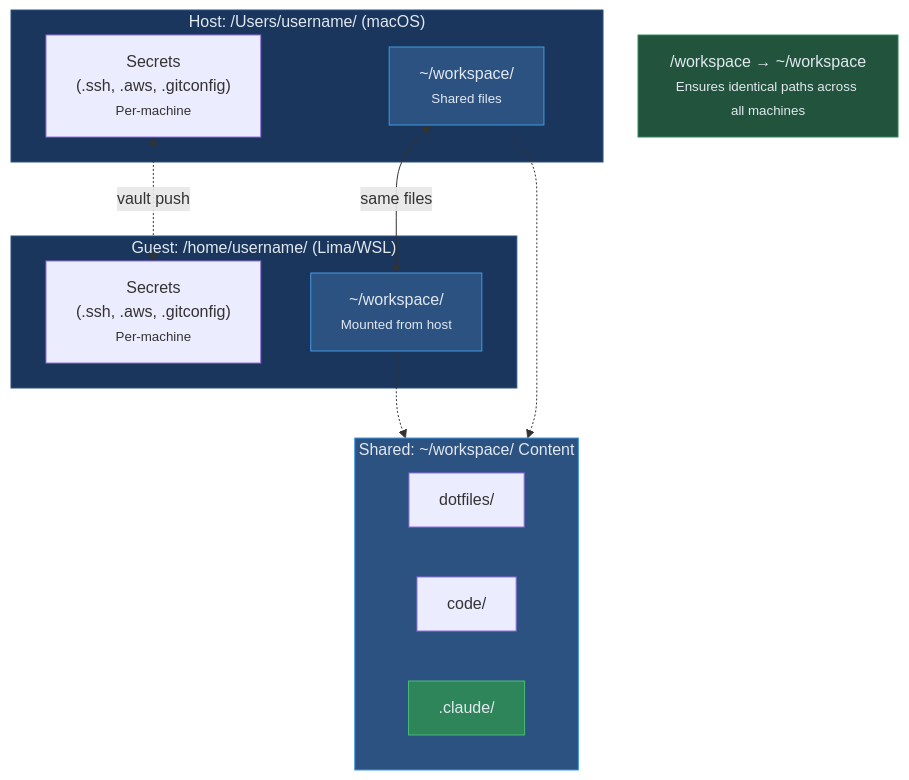
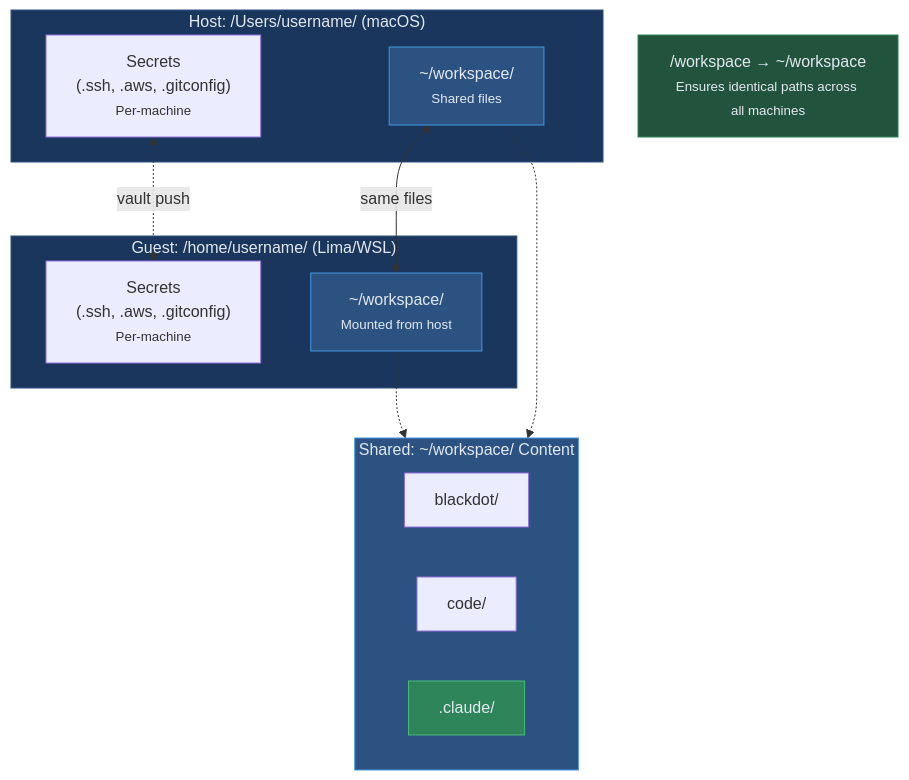
One commit to blackwell-systems/blackdot changed the third of 5 diagrams in docs/README-FULL.md. Above: the diagram before and after it, drawn with Mermaid. The commit also changed other lines of this file and 7 other files, not shown here.

````diff
--- a/docs/README-FULL.md
+++ b/docs/README-FULL.md
@@ -616,35 +616,35 @@
 ```mermaid
 flowchart TB
     subgraph host["Host: /Users/username/ (macOS)"]
         h_secrets["Secrets<br/>(.ssh, .aws, .gitconfig)<br/><small>Per-machine</small>"]
         h_workspace["~/workspace/<br/><small>Shared files</small>"]
     end
 
     subgraph guest["Guest: /home/username/ (Lima/WSL)"]
         g_secrets["Secrets<br/>(.ssh, .aws, .gitconfig)<br/><small>Per-machine</small>"]
         g_workspace["~/workspace/<br/><small>Mounted from host</small>"]
     end
 
     subgraph shared["Shared: ~/workspace/ Content"]
         direction LR
-        dotfiles["dotfiles/"]
+        blackdot["blackdot/"]
         code["code/"]
         claude[".claude/"]
     end
 
     h_workspace <-->|same files| g_workspace
     h_workspace -.-> shared
     g_workspace -.-> shared
 
     h_secrets <-.->|vault push| g_secrets
 
     symlink["/workspace → ~/workspace<br/><small>Ensures identical paths across all machines</small>"]
 
     style host fill:#1a365d,stroke:#2c5282,color:#e2e8f0
     style guest fill:#1a365d,stroke:#2c5282,color:#e2e8f0
     style shared fill:#2c5282,stroke:#4299e1,color:#e2e8f0
     style symlink fill:#22543d,stroke:#2f855a,color:#e2e8f0
     style h_workspace fill:#2c5282,stroke:#4299e1,color:#e2e8f0
     style g_workspace fill:#2c5282,stroke:#4299e1,color:#e2e8f0
     style claude fill:#2f855a,stroke:#48bb78,color:#e2e8f0
 ```
````
